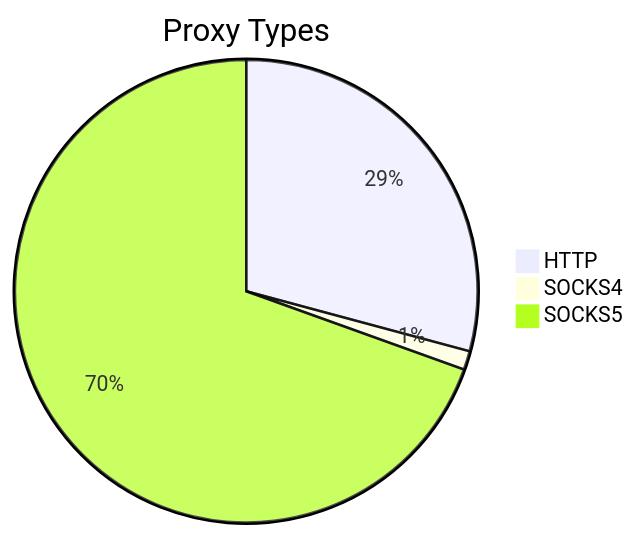
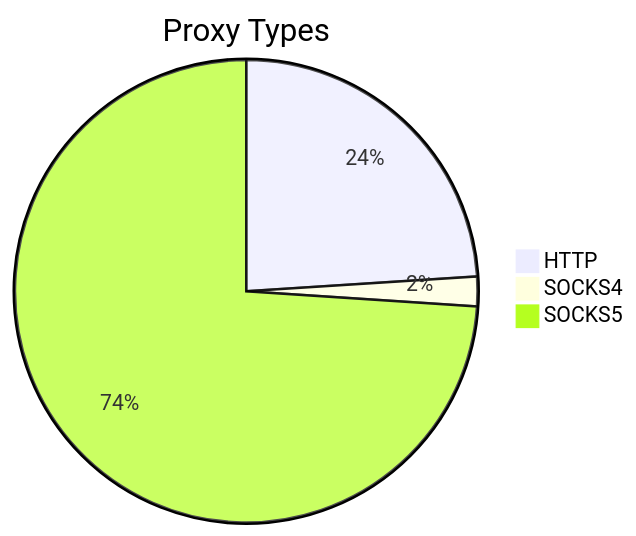
The first of 2 diagrams in README.md (stormsia/proxy-list), drawn with Mermaid before and after one commit. The commit also changed other lines of this file, not shown here.

````diff
--- a/README.md
+++ b/README.md
@@ -21,6 +21,6 @@
 ```mermaid
 pie title Proxy Types
-    "HTTP" : 356
-    "SOCKS4" : 16
-    "SOCKS5" : 848
+    "HTTP" : 522
+    "SOCKS4" : 45
+    "SOCKS5" : 1610
 ```
````
